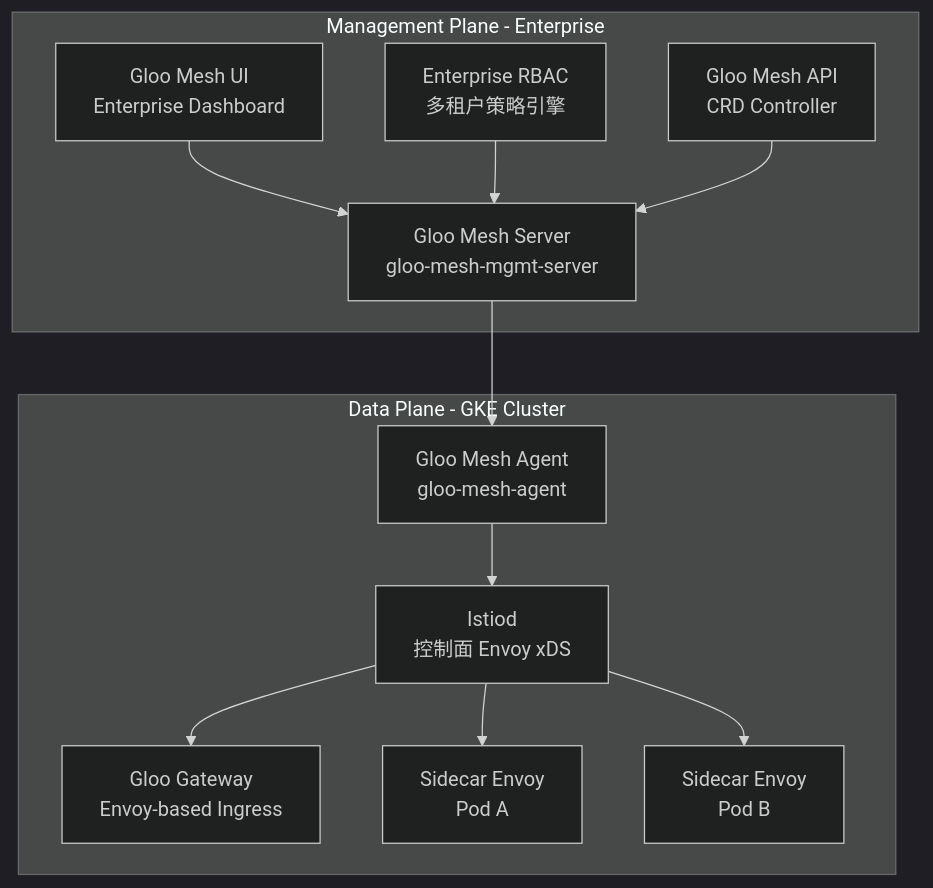
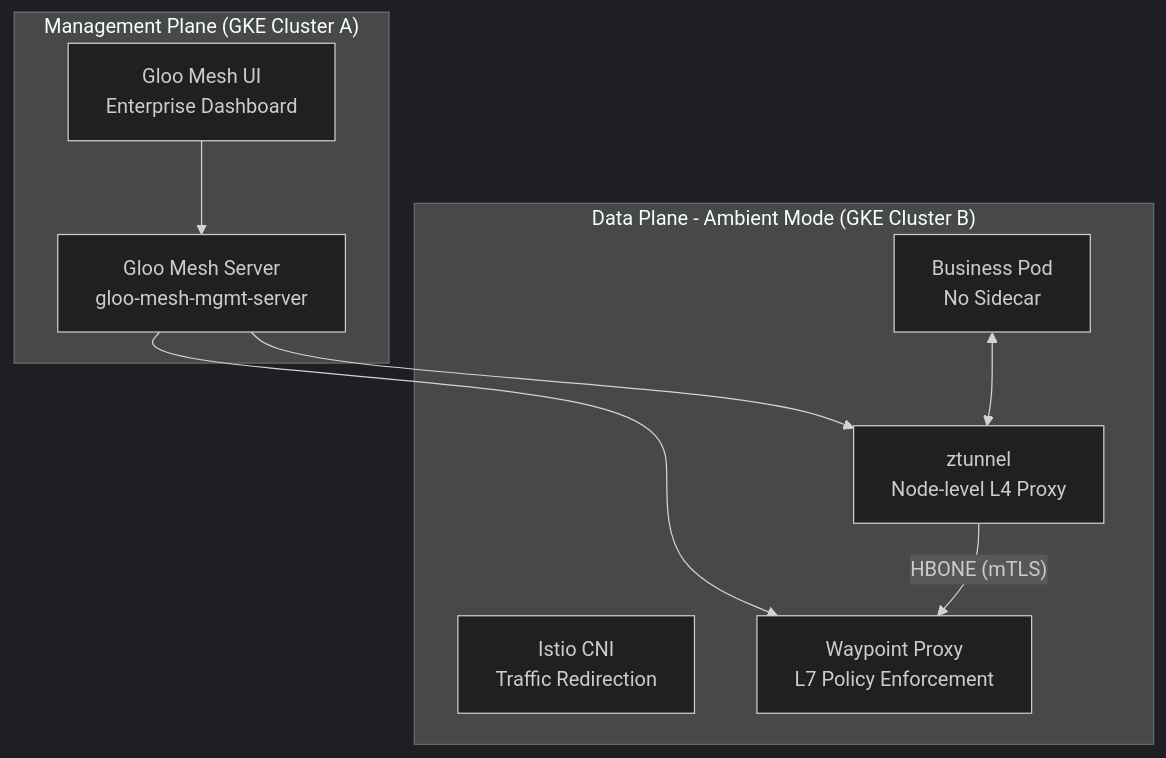
One commit to aibangjuxin/knowledge changed the diagram in gcp/asm/gloo/gloo-concepts.md. Above: the diagram before and after it, drawn with Mermaid (dark theme). The commit also changed other lines of this file, not shown here.

First line of the commit message:
docs: update gloo-concepts

````diff
--- a/gcp/asm/gloo/gloo-concepts.md
+++ b/gcp/asm/gloo/gloo-concepts.md
@@ -17,26 +26,20 @@
 ```mermaid
 graph TD
-    subgraph "Management Plane - Enterprise"
+    subgraph "Management Plane (GKE Cluster A)"
         MP["Gloo Mesh Server\ngloo-mesh-mgmt-server"]
         UI["Gloo Mesh UI\nEnterprise Dashboard"]
-        RBAC["Enterprise RBAC\n多租户策略引擎"]
-        API["Gloo Mesh API\nCRD Controller"]
     end
 
-    subgraph "Data Plane - GKE Cluster"
-        Agent["Gloo Mesh Agent\ngloo-mesh-agent"]
-        Istiod["Istiod\n控制面 Envoy xDS"]
-        GW["Gloo Gateway\nEnvoy-based Ingress"]
-        SC1["Sidecar Envoy\nPod A"]
-        SC2["Sidecar Envoy\nPod B"]
+    subgraph "Data Plane - Ambient Mode (GKE Cluster B)"
+        ZT["ztunnel\nNode-level L4 Proxy"]
+        CNI["Istio CNI\nTraffic Redirection"]
+        WP["Waypoint Proxy\nL7 Policy Enforcement"]
+        App["Business Pod\nNo Sidecar"]
     end
 
-    MP --> Agent
-    Agent --> Istiod
-    Istiod --> GW
-    Istiod --> SC1
-    Istiod --> SC2
+    MP --> ZT
+    MP --> WP
     UI --> MP
-    RBAC --> MP
-    API --> MP
+    App <--> ZT
+    ZT -- "HBONE (mTLS)" --> WP
 ```
````
